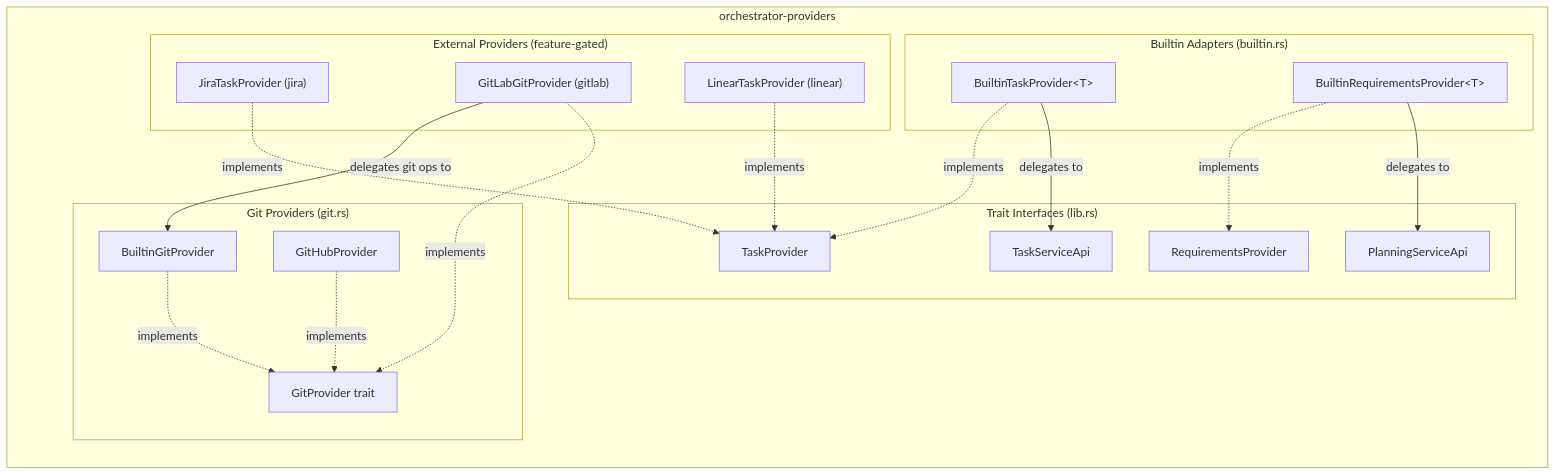
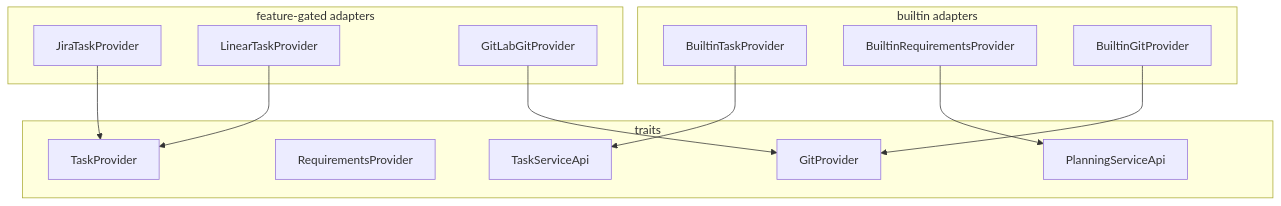
The diagram in crates/orchestrator-providers/README.md (launchapp-dev/animus-cli), drawn with Mermaid before and after one commit. The commit also changed other lines of this file and 15 other files, not shown here.

````diff
--- a/crates/orchestrator-providers/README.md
+++ b/crates/orchestrator-providers/README.md
@@ -13,44 +15,29 @@
 ```mermaid
 graph TD
-    subgraph "orchestrator-providers"
-        direction TB
-
-        subgraph "Trait Interfaces (lib.rs)"
-            TP[TaskProvider]
-            RP[RequirementsProvider]
-            TSA[TaskServiceApi]
-            PSA[PlanningServiceApi]
-        end
-
-        subgraph "Builtin Adapters (builtin.rs)"
-            BTP["BuiltinTaskProvider&lt;T&gt;"]
-            BRP["BuiltinRequirementsProvider&lt;T&gt;"]
-        end
-
-        subgraph "Git Providers (git.rs)"
-            GP[GitProvider trait]
-            BGP[BuiltinGitProvider]
-            GHP[GitHubProvider]
-        end
-
-        subgraph "External Providers (feature-gated)"
-            JTP["JiraTaskProvider (jira)"]
-            LTP["LinearTaskProvider (linear)"]
-            GLGP["GitLabGitProvider (gitlab)"]
-        end
+    subgraph "traits"
+        TP["TaskProvider"]
+        RP["RequirementsProvider"]
+        TSA["TaskServiceApi"]
+        PSA["PlanningServiceApi"]
+        GP["GitProvider"]
     end
 
-    BTP -->|delegates to| TSA
-    BRP -->|delegates to| PSA
-    BTP -.->|implements| TP
-    BRP -.->|implements| RP
+    subgraph "builtin adapters"
+        BTP["BuiltinTaskProvider"]
+        BRP["BuiltinRequirementsProvider"]
+        BGP["BuiltinGitProvider"]
+    end
 
-    BGP -.->|implements| GP
-    GHP -.->|implements| GP
-    GLGP -.->|implements| GP
+    subgraph "feature-gated adapters"
+        JIRA["JiraTaskProvider"]
+        LINEAR["LinearTaskProvider"]
+        GITLAB["GitLabGitProvider"]
+    end
 
-    JTP -.->|implements| TP
-    LTP -.->|implements| TP
-
-    GLGP -->|delegates git ops to| BGP
+    BTP --> TSA
+    BRP --> PSA
+    BGP --> GP
+    JIRA --> TP
+    LINEAR --> TP
+    GITLAB --> GP
 ```
````
